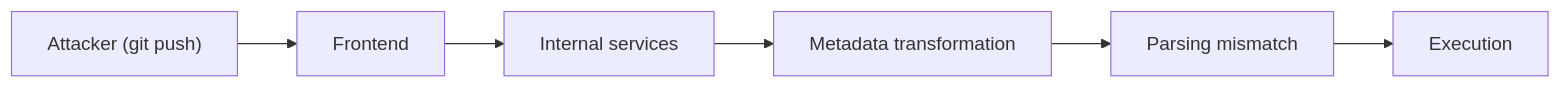
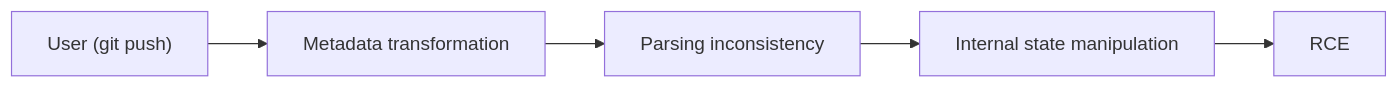
Before and after one commit to pullsec/hugo-content: the first of 7 diagrams in cve/github/CVE-2026-3854.md, drawn with Mermaid. The commit also changed other lines of this file, not shown here.

````diff
--- a/cve/github/CVE-2026-3854.md
+++ b/cve/github/CVE-2026-3854.md
@@ -82,9 +75,8 @@
 ```mermaid
 flowchart LR
-    A["Attacker (git push)"]
-        --> B["Frontend"]
-        --> C["Internal services"]
-        --> D["Metadata transformation"]
-        --> E["Parsing mismatch"]
-        --> F["Execution"]
+    A["User (git push)"]
+        --> B["Metadata transformation"]
+        --> C["Parsing inconsistency"]
+        --> D["Internal state manipulation"]
+        --> E["RCE"]
 ```
````
